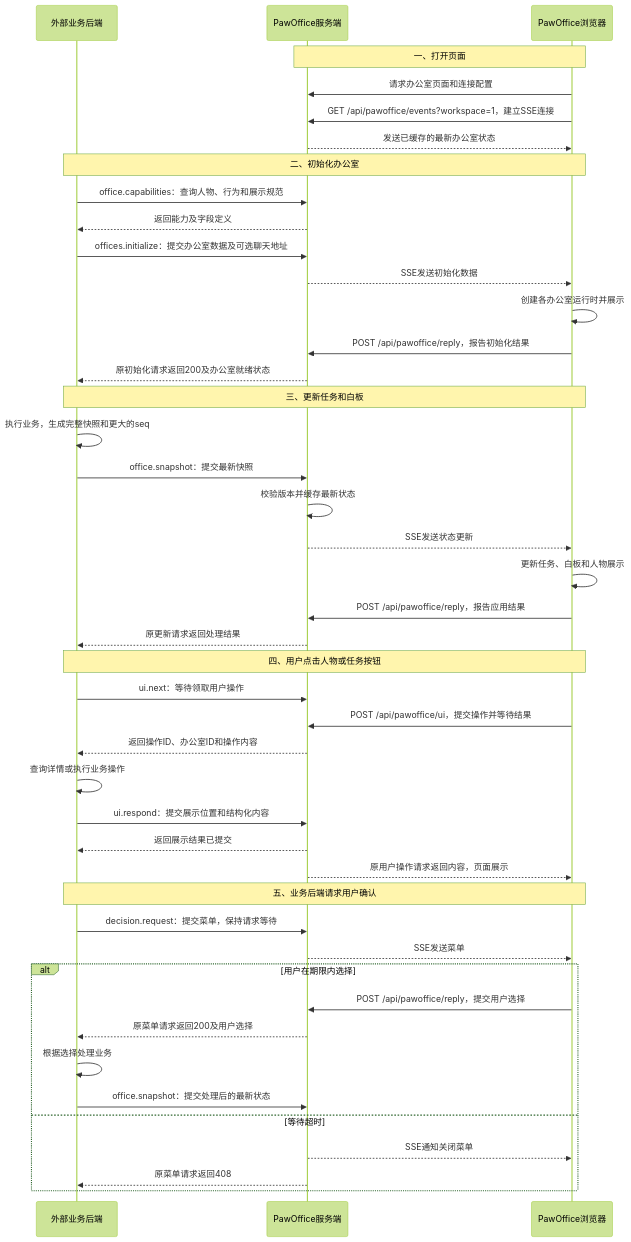
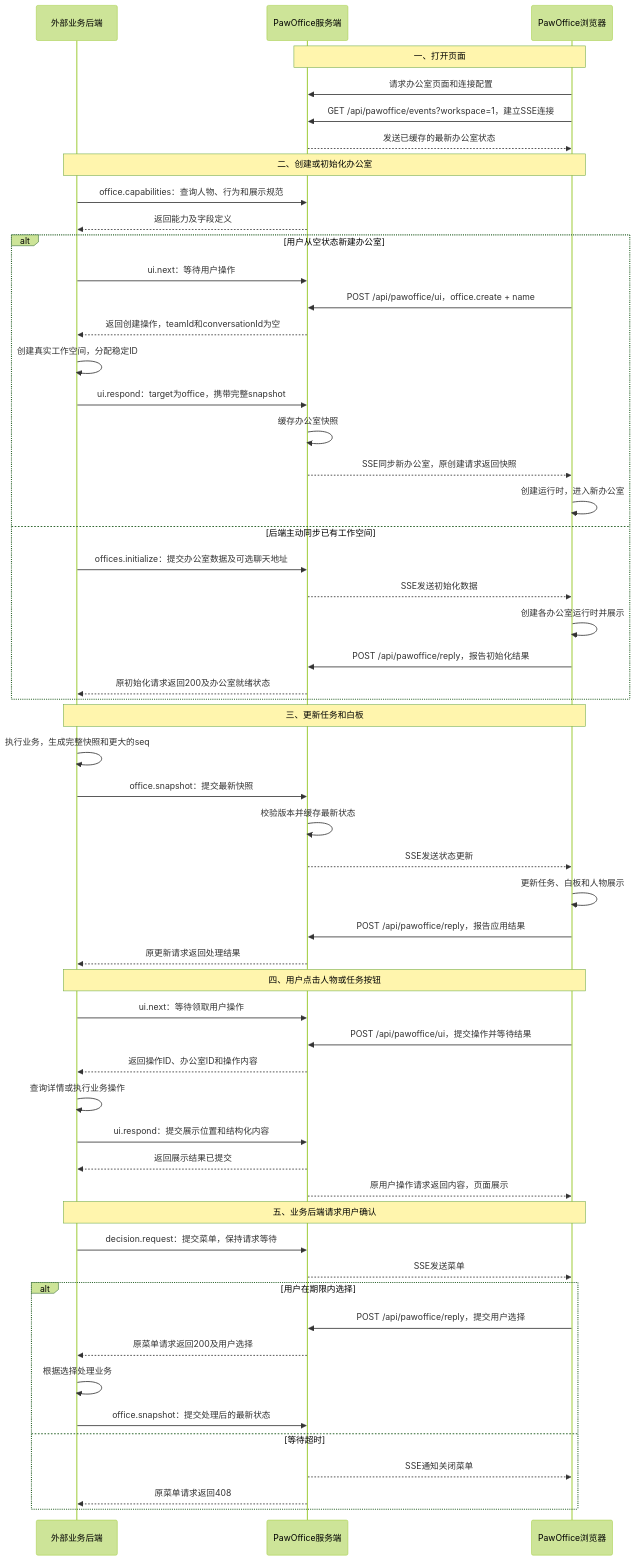
One commit to KunlunMeta-Limited/pawoffice changed the first of 3 diagrams in integration/docs/office-integration.md. Above: the diagram before and after it, drawn with Mermaid (forest theme). The commit also changed other lines of this file and 26 other files, not shown here.

````diff
--- a/integration/docs/office-integration.md
+++ b/integration/docs/office-integration.md
@@ -27,51 +27,62 @@
 ```mermaid
 sequenceDiagram
     participant E as 外部业务后端
     participant S as PawOffice服务端
     participant B as PawOffice浏览器
 
     Note over S,B: 一、打开页面
     B->>S: 请求办公室页面和连接配置
     B->>S: GET /api/pawoffice/events?workspace=1，建立SSE连接
     S-->>B: 发送已缓存的最新办公室状态
 
-    Note over E,B: 二、初始化办公室
+    Note over E,B: 二、创建或初始化办公室
     E->>S: office.capabilities：查询人物、行为和展示规范
     S-->>E: 返回能力及字段定义
-    E->>S: offices.initialize：提交办公室数据及可选聊天地址
-    S-->>B: SSE发送初始化数据
-    B->>B: 创建各办公室运行时并展示
-    B->>S: POST /api/pawoffice/reply，报告初始化结果
-    S-->>E: 原初始化请求返回200及办公室就绪状态
+    alt 用户从空状态新建办公室
+        E->>S: ui.next：等待用户操作
+        B->>S: POST /api/pawoffice/ui，office.create + name
+        S-->>E: 返回创建操作，teamId和conversationId为空
+        E->>E: 创建真实工作空间，分配稳定ID
+        E->>S: ui.respond：target为office，携带完整snapshot
+        S->>S: 缓存办公室快照
+        S-->>B: SSE同步新办公室，原创建请求返回快照
+        B->>B: 创建运行时，进入新办公室
+    else 后端主动同步已有工作空间
+        E->>S: offices.initialize：提交办公室数据及可选聊天地址
+        S-->>B: SSE发送初始化数据
+        B->>B: 创建各办公室运行时并展示
+        B->>S: POST /api/pawoffice/reply，报告初始化结果
+        S-->>E: 原初始化请求返回200及办公室就绪状态
+    end
 
     Note over E,B: 三、更新任务和白板
     E->>E: 执行业务，生成完整快照和更大的seq
     E->>S: office.snapshot：提交最新快照
     S->>S: 校验版本并缓存最新状态
     S-->>B: SSE发送状态更新
     B->>B: 更新任务、白板和人物展示
     B->>S: POST /api/pawoffice/reply，报告应用结果
     S-->>E: 原更新请求返回处理结果
 
     Note over E,B: 四、用户点击人物或任务按钮
     E->>S: ui.next：等待领取用户操作
     B->>S: POST /api/pawoffice/ui，提交操作并等待结果
     S-->>E: 返回操作ID、办公室ID和操作内容
     E->>E: 查询详情或执行业务操作
     E->>S: ui.respond：提交展示位置和结构化内容
     S-->>E: 返回展示结果已提交
     S-->>B: 原用户操作请求返回内容，页面展示
 
     Note over E,B: 五、业务后端请求用户确认
     E->>S: decision.request：提交菜单，保持请求等待
     S-->>B: SSE发送菜单
     alt 用户在期限内选择
         B->>S: POST /api/pawoffice/reply，提交用户选择
         S-->>E: 原菜单请求返回200及用户选择
         E->>E: 根据选择处理业务
         E->>S: office.snapshot：提交处理后的最新状态
     else 等待超时
         S-->>B: SSE通知关闭菜单
         S-->>E: 原菜单请求返回408
     end
 ```
````
